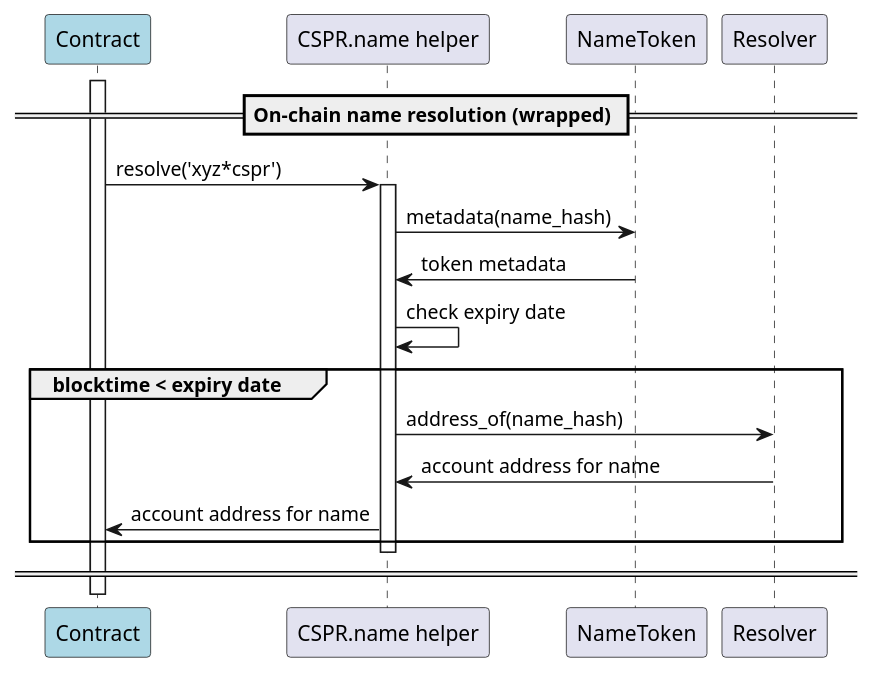
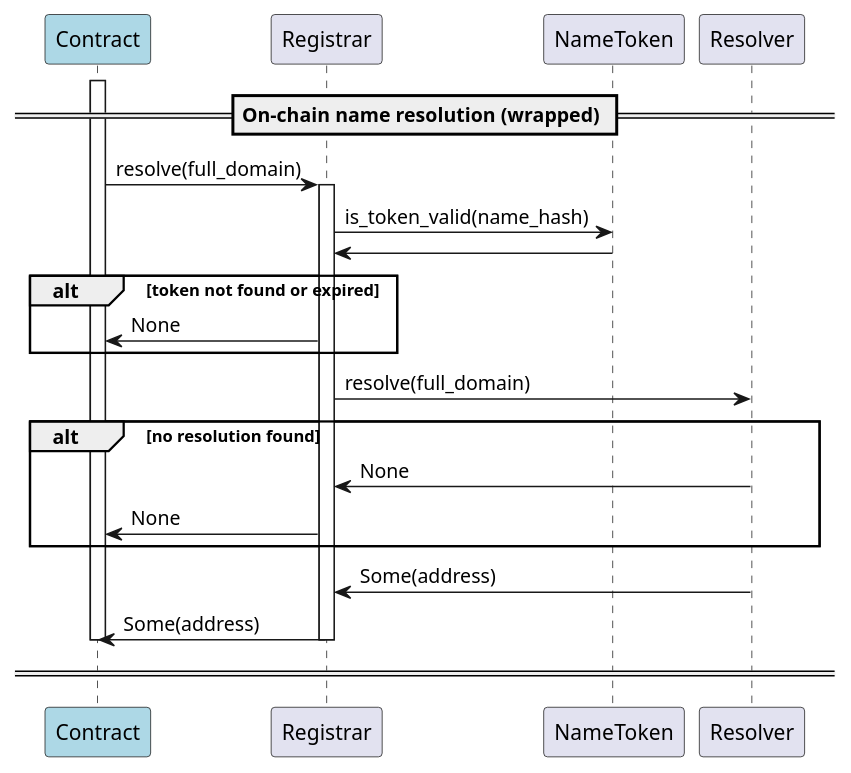
Before and after one commit to make-software/cspr-name-contracts: the diagram in docs/sequence-diagrams/puml/onchain-name-resolution-wrapped.puml, drawn with PlantUML. The commit also changed 14 other files, not shown here.

Commit message:
Changes to controller and resolution: - set resolver on registrar instead of controller. - updated resolution flows. - added cleanup() flow

```diff
--- a/docs/sequence-diagrams/puml/onchain-name-resolution-wrapped.puml
+++ b/docs/sequence-diagrams/puml/onchain-name-resolution-wrapped.puml
@@ -1,31 +1,34 @@
 @startuml
 'https://plantuml.com/sequence-diagram
 
 'autonumber
 participant "Contract" #lightblue
-participant "CSPR.name helper"
+participant "Registrar"
 participant "NameToken"
 participant "Resolver"
 
 == On-chain name resolution (wrapped) ==
 
 activate "Contract"
-Contract -> "CSPR.name helper": resolve('xyz*cspr')
-activate "CSPR.name helper"
-"CSPR.name helper" -> "NameToken": metadata(name_hash)
-"NameToken" -> "CSPR.name helper": token metadata
-"CSPR.name helper" -> "CSPR.name helper": check expiry date
+Contract -> "Registrar": resolve(full_domain)
+activate "Registrar"
+"Registrar" -> "NameToken": is_token_valid(name_hash)
+"NameToken" -> "Registrar"
+alt token not found or expired
+    Registrar -> "Contract": None
+end
+"Registrar" -> Resolver: resolve(full_domain)
+alt no resolution found
+    Resolver -> Registrar: None
+    Registrar -> "Contract": None
+end
+    Resolver -> "Registrar": Some(address)
+    "Registrar" -> Contract: Some(address)
 
-group blocktime < expiry date
-    "CSPR.name helper" -> Resolver: address_of(name_hash)
-    Resolver -> "CSPR.name helper": account address for name
-    "CSPR.name helper" -> Contract: account address for name
-end
-
-deactivate "CSPR.name helper"
+deactivate "Registrar"
 
 == ==
 
 deactivate Contract
 
 @enduml
```
